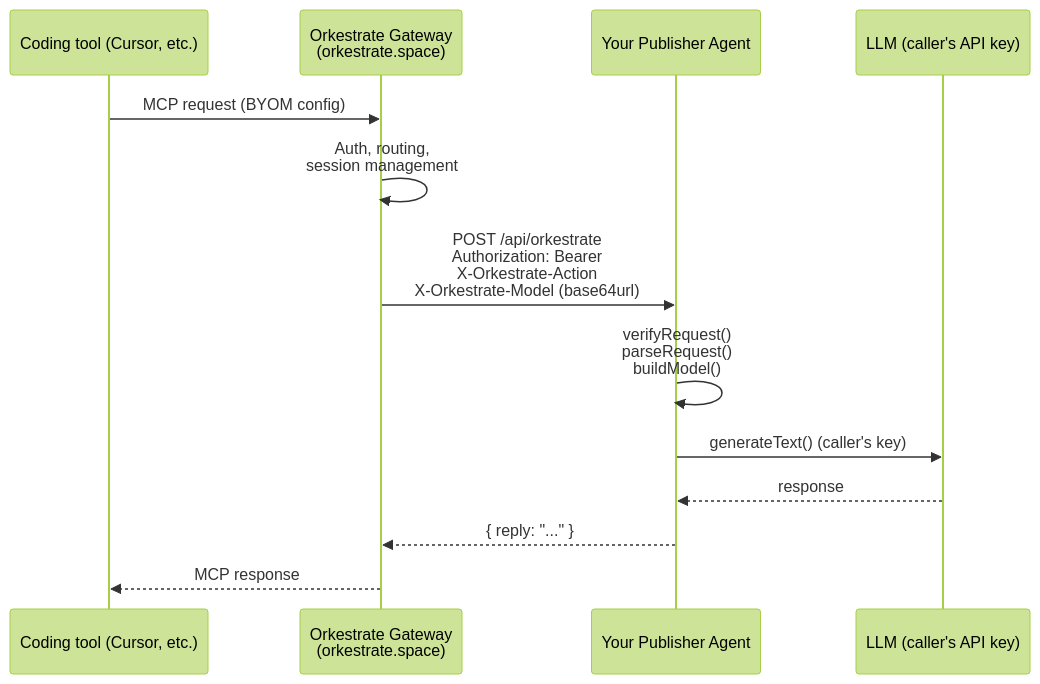
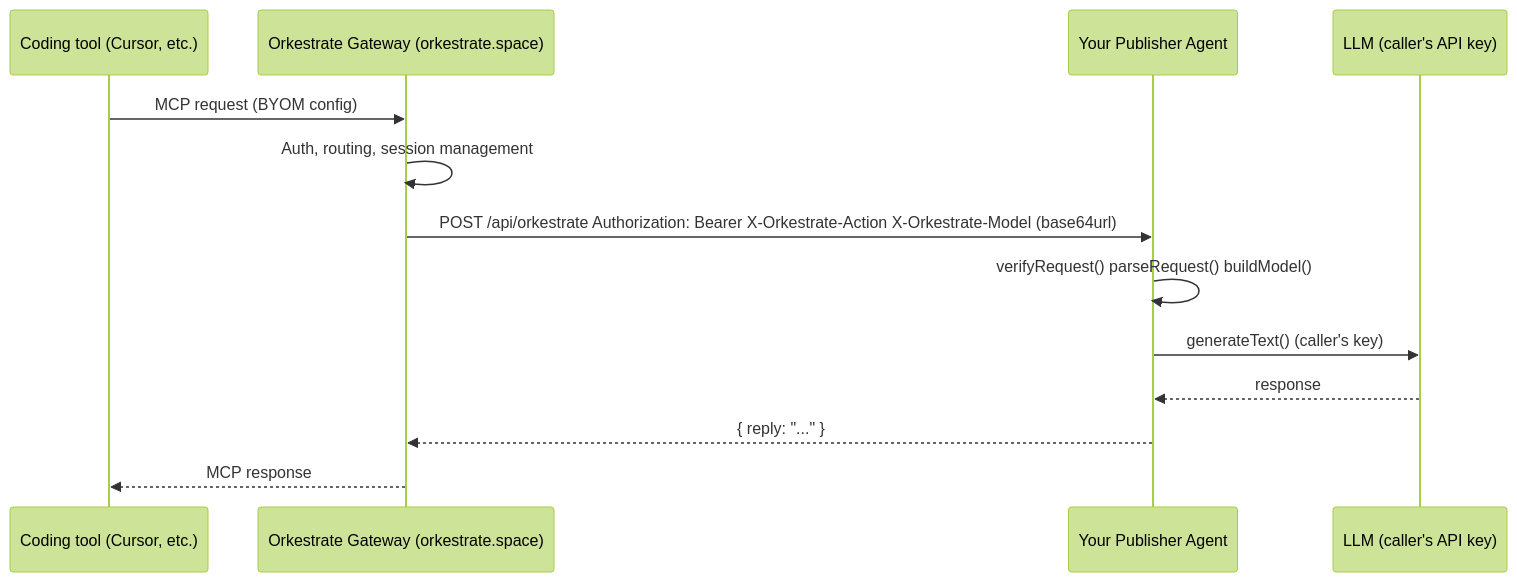
Before and after one commit to system1970/orkestrate-sdk: the diagram in README.md, drawn with Mermaid (forest theme). The commit also changed other lines of this file, not shown here.

Commit message:
Render Mermaid diagram as image with dark/light support

````diff
--- a/README.md
+++ b/README.md
@@ -15,16 +23,16 @@
 ```mermaid
 sequenceDiagram
     participant Coder as Coding tool (Cursor, etc.)
-    participant GW as Orkestrate Gateway<br/>(orkestrate.space)
+    participant GW as Orkestrate Gateway (orkestrate.space)
     participant Agent as Your Publisher Agent
     participant LLM as LLM (caller's API key)
 
     Coder->>GW: MCP request (BYOM config)
-    GW->>GW: Auth, routing,<br/>session management
-    GW->>Agent: POST /api/orkestrate<br/>Authorization: Bearer<br/>X-Orkestrate-Action<br/>X-Orkestrate-Model (base64url)
-    Agent->>Agent: verifyRequest()<br/>parseRequest()<br/>buildModel()
+    GW->>GW: Auth, routing, session management
+    GW->>Agent: POST /api/orkestrate Authorization: Bearer X-Orkestrate-Action X-Orkestrate-Model (base64url)
+    Agent->>Agent: verifyRequest() parseRequest() buildModel()
     Agent->>LLM: generateText() (caller's key)
     LLM-->>Agent: response
     Agent-->>GW: { reply: "..." }
     GW-->>Coder: MCP response
 ```
````
